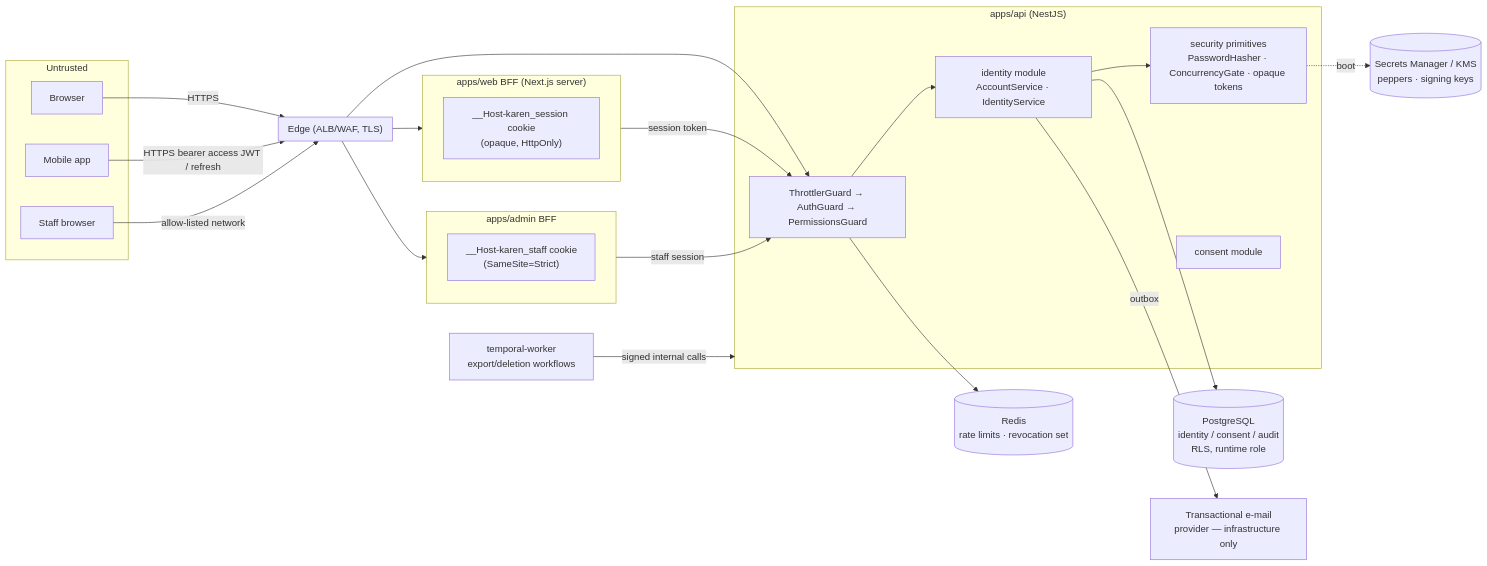
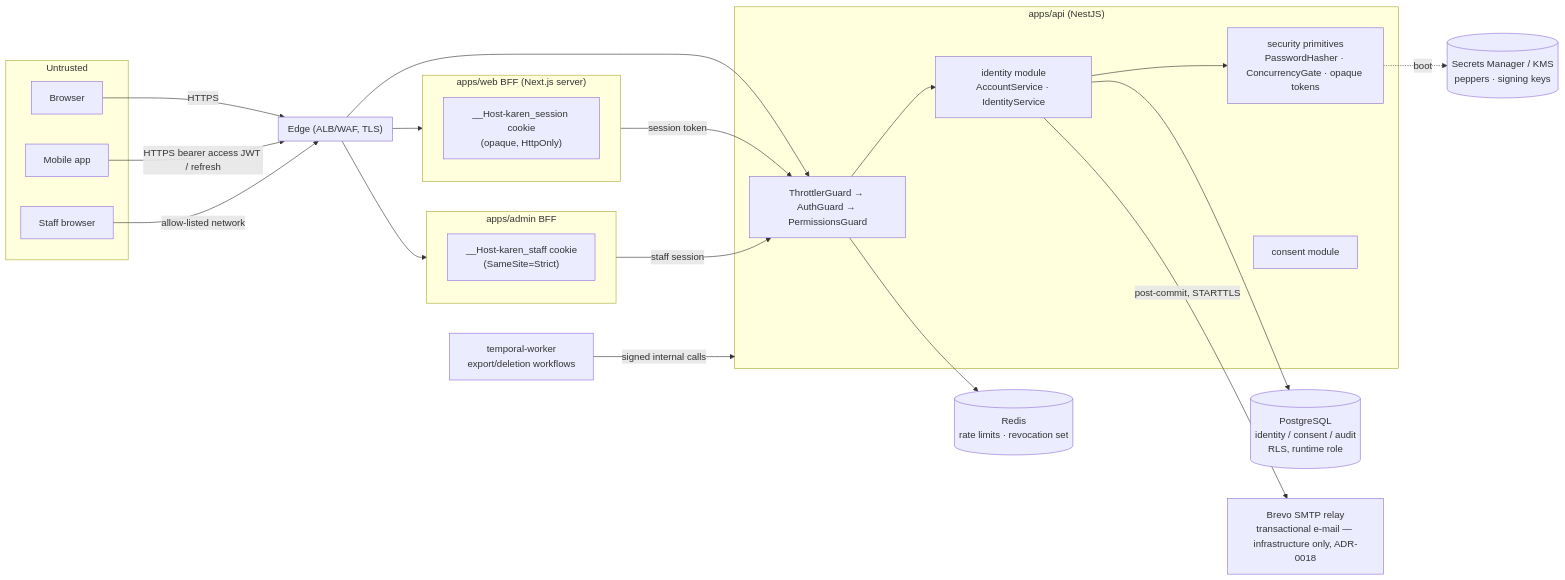
The first of 6 diagrams in docs/architecture/identity-architecture.md (arvindydv/KAREN), drawn with Mermaid before and after one commit. The commit also changed other lines of this file and 32 other files, not shown here.

````diff
--- a/docs/architecture/identity-architecture.md
+++ b/docs/architecture/identity-architecture.md
@@ -22,37 +22,37 @@
 ```mermaid
 flowchart LR
   subgraph Untrusted
     B[Browser]
     M[Mobile app]
     S[Staff browser]
   end
   subgraph Edge["Edge (ALB/WAF, TLS)"]
   end
   subgraph Web["apps/web BFF (Next.js server)"]
     WC["__Host-karen_session cookie\n(opaque, HttpOnly)"]
   end
   subgraph Admin["apps/admin BFF"]
     AC["__Host-karen_staff cookie\n(SameSite=Strict)"]
   end
   subgraph API["apps/api (NestJS)"]
     G[ThrottlerGuard → AuthGuard → PermissionsGuard]
     ID[identity module\nAccountService · IdentityService]
     SEC[security primitives\nPasswordHasher · ConcurrencyGate · opaque tokens]
     CON[consent module]
   end
   PG[(PostgreSQL\nidentity / consent / audit\nRLS, runtime role)]
   R[(Redis\nrate limits · revocation set)]
   SM[(Secrets Manager / KMS\npeppers · signing keys)]
-  MAIL[Transactional e-mail\nprovider — infrastructure only]
+  MAIL[Brevo SMTP relay\ntransactional e-mail — infrastructure only, ADR-0018]
   TW[temporal-worker\nexport/deletion workflows]
 
   B -->|HTTPS| Edge --> Web -->|session token| G
   M -->|HTTPS bearer access JWT / refresh| Edge --> G
   S -->|allow-listed network| Edge --> Admin -->|staff session| G
   G --> ID --> SEC
   ID --> PG
   G --> R
   SEC -. boot .-> SM
-  ID -->|outbox| MAIL
+  ID -->|post-commit, STARTTLS| MAIL
   TW -->|signed internal calls| API
 ```
````
